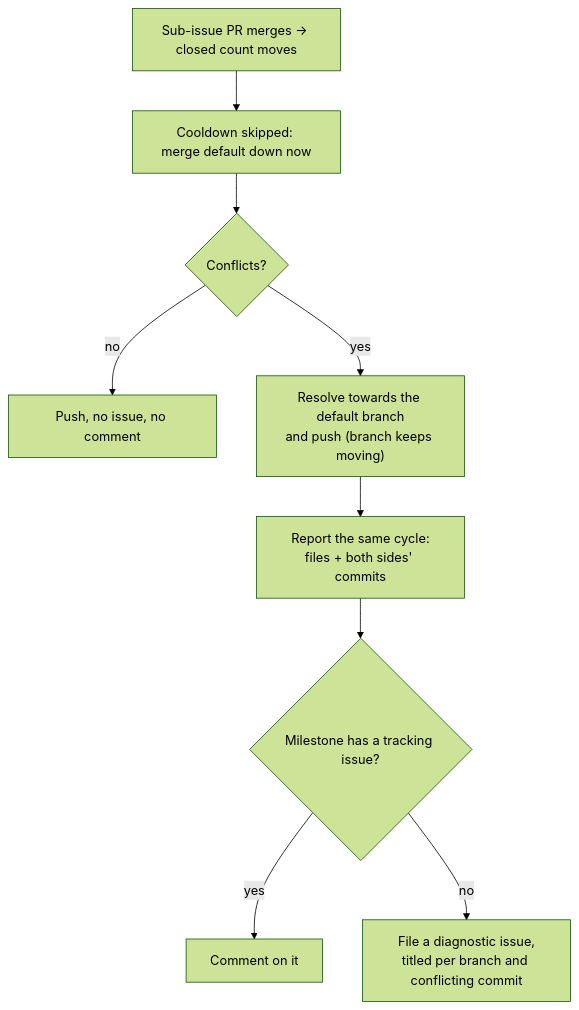
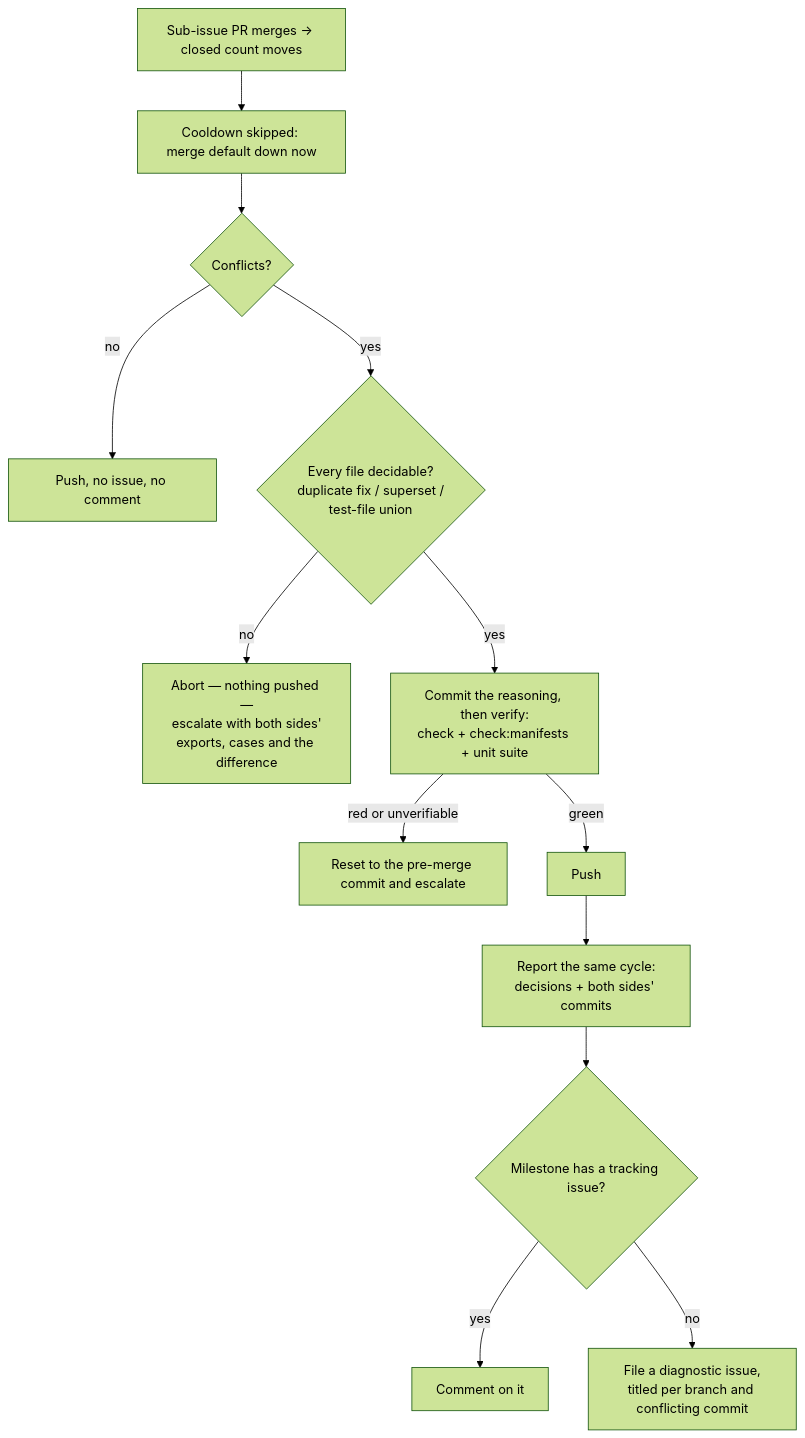
Diagram 25 of 27 in docs/INTERNALS.md (stSoftwareAU/VibeCoder), drawn with Mermaid (forest theme) before and after one commit. The commit also changed other lines of this file and 3 other files, not shown here.

````diff
--- a/docs/INTERNALS.md
+++ b/docs/INTERNALS.md
@@ -2958,11 +2985,15 @@
 ```mermaid
 flowchart TD
     A[Sub-issue PR merges → closed count moves] --> B[Cooldown skipped: merge default down now]
     B --> C{Conflicts?}
     C -- no --> D[Push, no issue, no comment]
-    C -- yes --> E["Resolve towards the default branch<br/>and push (branch keeps moving)"]
-    E --> F["Report the same cycle:<br/>files + both sides' commits"]
+    C -- yes --> T{"Every file decidable?<br/>duplicate fix / superset /<br/>test-file union"}
+    T -- no --> X["Abort — nothing pushed —<br/>escalate with both sides'<br/>exports, cases and the difference"]
+    T -- yes --> V["Commit the reasoning, then verify:<br/>check + check:manifests + unit suite"]
+    V -- red or unverifiable --> R[Reset to the pre-merge commit and escalate]
+    V -- green --> P[Push]
+    P --> F["Report the same cycle:<br/>decisions + both sides' commits"]
     F --> G{Milestone has a tracking issue?}
     G -- yes --> H[Comment on it]
     G -- no --> I["File a diagnostic issue,<br/>titled per branch and conflicting commit"]
 ```
````
